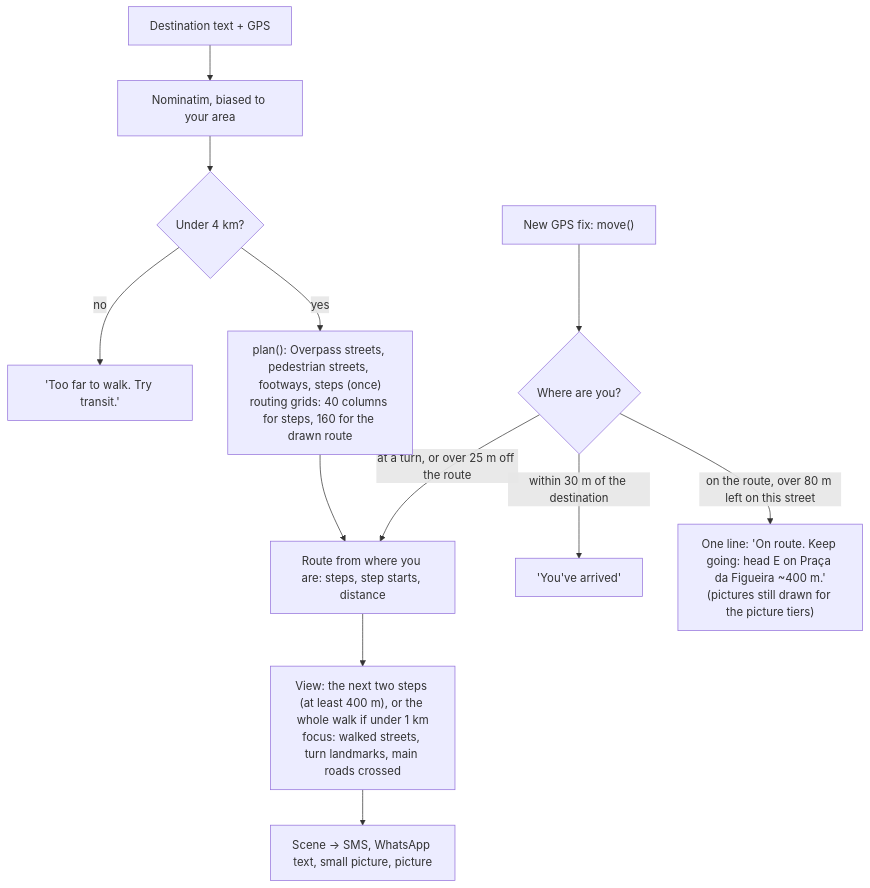
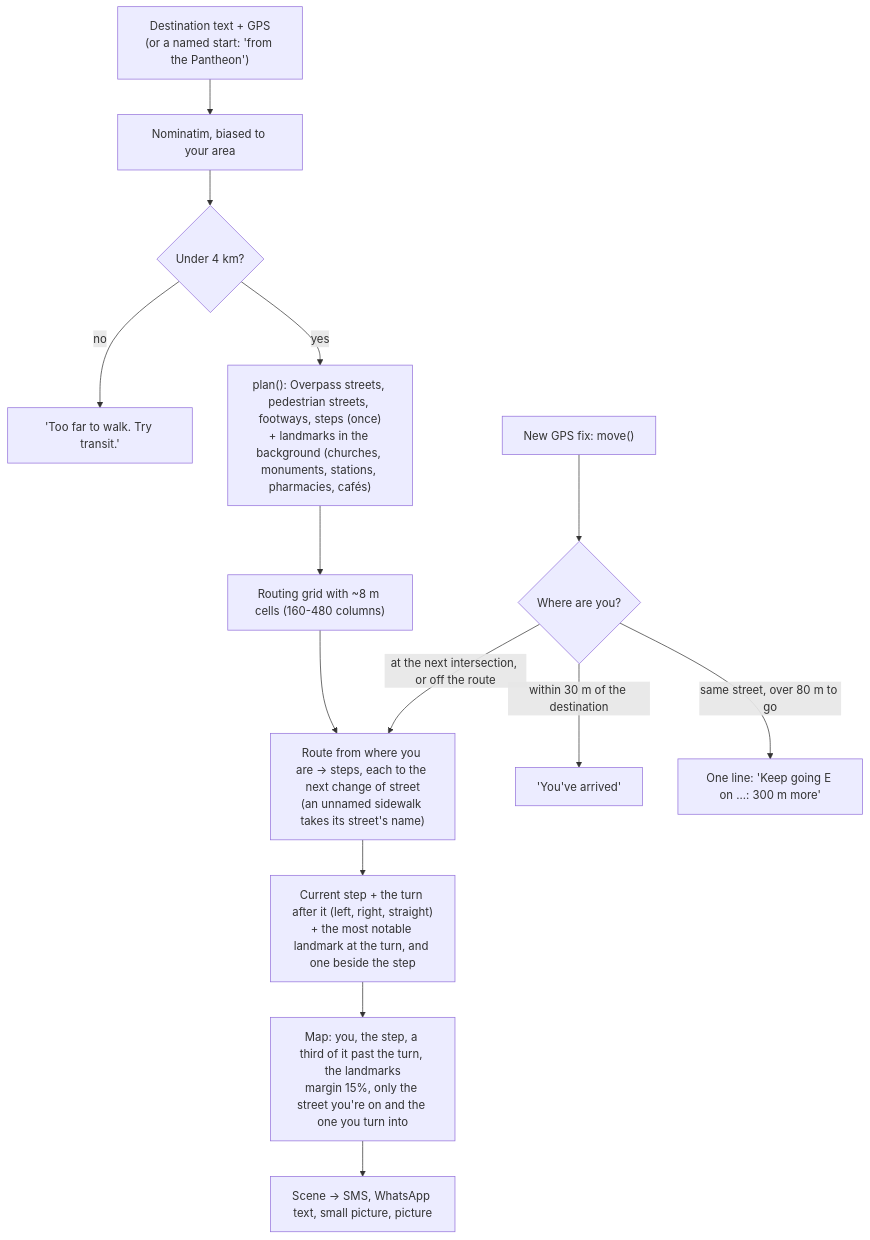
The seventh of 8 diagrams in README.md (JacobOuyang/MapsImagesText), drawn with Mermaid before and after one commit. The commit also changed other lines of this file and 18 other files, not shown here.

````diff
--- a/README.md
+++ b/README.md
@@ -796,14 +854,16 @@
 ```mermaid
 flowchart TD
-  A["Destination text + GPS"] --> B["Nominatim, biased to your area"]
+  A["Destination text + GPS<br/>(or a named start: 'from the Pantheon')"] --> B["Nominatim, biased to your area"]
   B --> C{"Under 4 km?"}
   C -- no --> X["'Too far to walk. Try transit.'"]
-  C -- yes --> D["plan(): Overpass streets, pedestrian streets, footways, steps (once)<br/>routing grids: 40 columns for steps, 160 for the drawn route"]
-  D --> R["Route from where you are: steps, step starts, distance"]
-  R --> V["View: the next two steps (at least 400 m), or the whole walk if under 1 km<br/>focus: walked streets, turn landmarks, main roads crossed"]
+  C -- yes --> D["plan(): Overpass streets, pedestrian streets, footways, steps (once)<br/>+ landmarks in the background (churches, monuments, stations, pharmacies, cafés)"]
+  D --> G2["Routing grid with ~8 m cells (160-480 columns)"]
+  G2 --> R["Route from where you are → steps, each to the next change of street<br/>(an unnamed sidewalk takes its street's name)"]
+  R --> ST["Current step + the turn after it (left, right, straight)<br/>+ the most notable landmark at the turn, and one beside the step"]
+  ST --> V["Map: you, the step, a third of it past the turn, the landmarks<br/>margin 15%, only the street you're on and the one you turn into"]
   V --> S["Scene → SMS, WhatsApp text, small picture, picture"]
   G["New GPS fix: move()"] --> Q{"Where are you?"}
   Q -- "within 30 m of the destination" --> AR["'You've arrived'"]
-  Q -- "on the route, over 80 m left on this street" --> K["One line: 'On route. Keep going: head E on Praça da Figueira ~400 m.'<br/>(pictures still drawn for the picture tiers)"]
-  Q -- "at a turn, or over 25 m off the route" --> R
+  Q -- "same street, over 80 m to go" --> K["One line: 'Keep going E on ...: 300 m more'"]
+  Q -- "at the next intersection, or off the route" --> R
 ```
````
